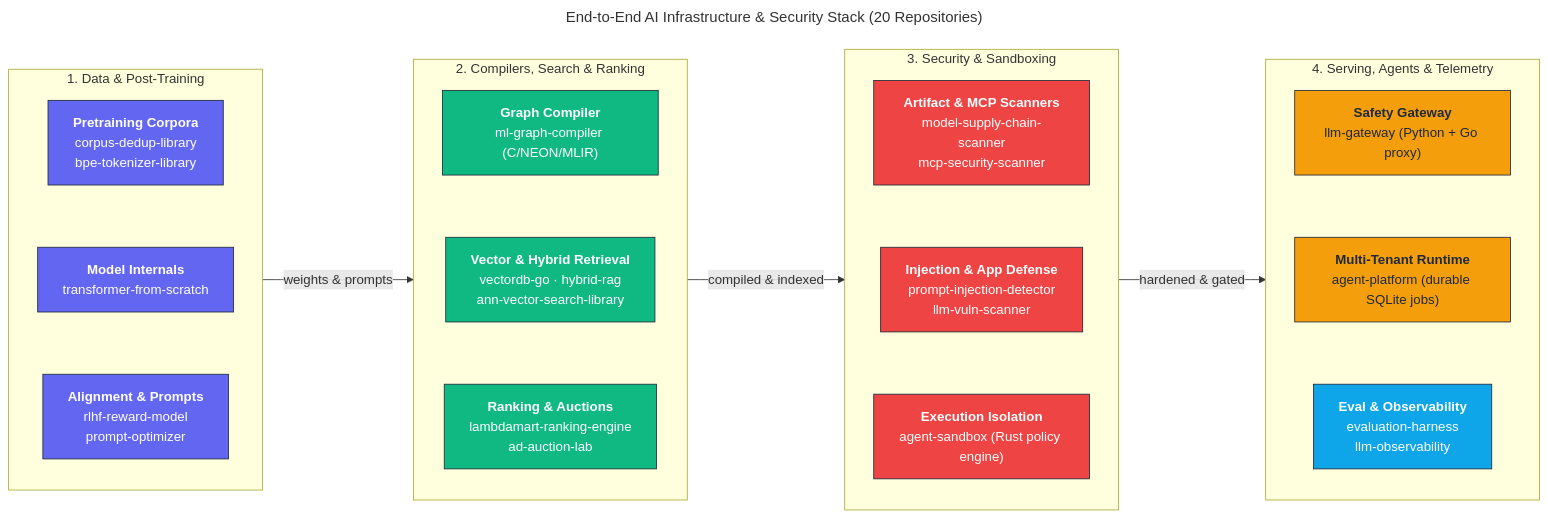
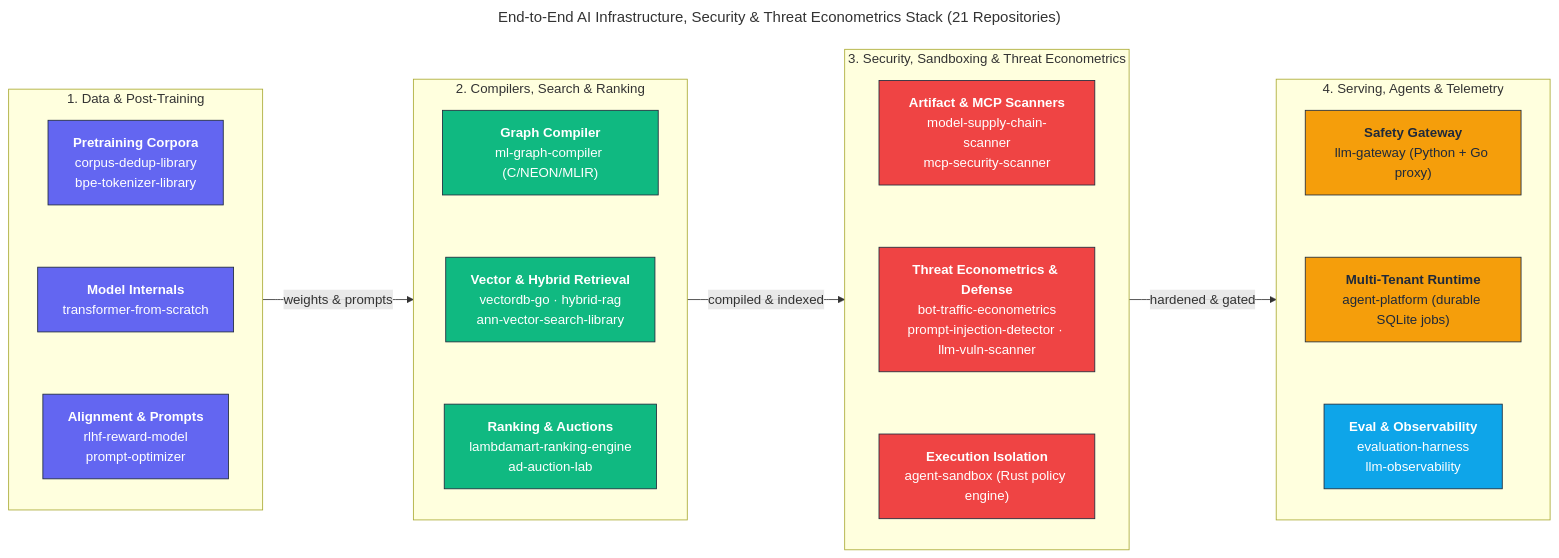
One commit to adeoluo/adeoluo changed the diagram in assets/portfolio-architecture.mmd. Above: the diagram before and after it, drawn with Mermaid. The commit also changed 2 other files, not shown here.

Commit message:
Add F5 Labs research, media links, bot-traffic-econometrics, and precision notes

```diff
--- a/assets/portfolio-architecture.mmd
+++ b/assets/portfolio-architecture.mmd
@@ -1,45 +1,45 @@
 ---
-title: End-to-End AI Infrastructure & Security Stack (20 Repositories)
+title: End-to-End AI Infrastructure, Security & Threat Econometrics Stack (21 Repositories)
 ---
 flowchart LR
     classDef core     fill:#6366F1,stroke:#1E293B,color:#ffffff,stroke-width:1px;
     classDef data     fill:#10B981,stroke:#1E293B,color:#ffffff,stroke-width:1px;
     classDef danger   fill:#EF4444,stroke:#1E293B,color:#ffffff,stroke-width:1px;
     classDef control  fill:#0EA5E9,stroke:#1E293B,color:#ffffff,stroke-width:1px;
     classDef edge     fill:#F59E0B,stroke:#1E293B,color:#1E293B,stroke-width:1px;
 
     subgraph S1["1. Data & Post-Training"]
         direction TB
         D1["<b>Pretraining Corpora</b><br/>corpus-dedup-library<br/>bpe-tokenizer-library"]:::core
         D2["<b>Model Internals</b><br/>transformer-from-scratch"]:::core
         D3["<b>Alignment & Prompts</b><br/>rlhf-reward-model<br/>prompt-optimizer"]:::core
         D1 ~~~ D2 ~~~ D3
     end
 
     subgraph S2["2. Compilers, Search & Ranking"]
         direction TB
         R1["<b>Graph Compiler</b><br/>ml-graph-compiler (C/NEON/MLIR)"]:::data
         R2["<b>Vector & Hybrid Retrieval</b><br/>vectordb-go · hybrid-rag<br/>ann-vector-search-library"]:::data
         R3["<b>Ranking & Auctions</b><br/>lambdamart-ranking-engine<br/>ad-auction-lab"]:::data
         R1 ~~~ R2 ~~~ R3
     end
 
-    subgraph S3["3. Security & Sandboxing"]
+    subgraph S3["3. Security, Sandboxing & Threat Econometrics"]
         direction TB
         X1["<b>Artifact & MCP Scanners</b><br/>model-supply-chain-scanner<br/>mcp-security-scanner"]:::danger
-        X2["<b>Injection & App Defense</b><br/>prompt-injection-detector<br/>llm-vuln-scanner"]:::danger
+        X2["<b>Threat Econometrics & Defense</b><br/>bot-traffic-econometrics<br/>prompt-injection-detector · llm-vuln-scanner"]:::danger
         X3["<b>Execution Isolation</b><br/>agent-sandbox (Rust policy engine)"]:::danger
         X1 ~~~ X2 ~~~ X3
     end
 
     subgraph S4["4. Serving, Agents & Telemetry"]
         direction TB
         P1["<b>Safety Gateway</b><br/>llm-gateway (Python + Go proxy)"]:::edge
         P2["<b>Multi-Tenant Runtime</b><br/>agent-platform (durable SQLite jobs)"]:::edge
         P3["<b>Eval & Observability</b><br/>evaluation-harness<br/>llm-observability"]:::control
         P1 ~~~ P2 ~~~ P3
     end
 
     S1 -->|weights & prompts| S2
     S2 -->|compiled & indexed| S3
     S3 -->|hardened & gated| S4
```
